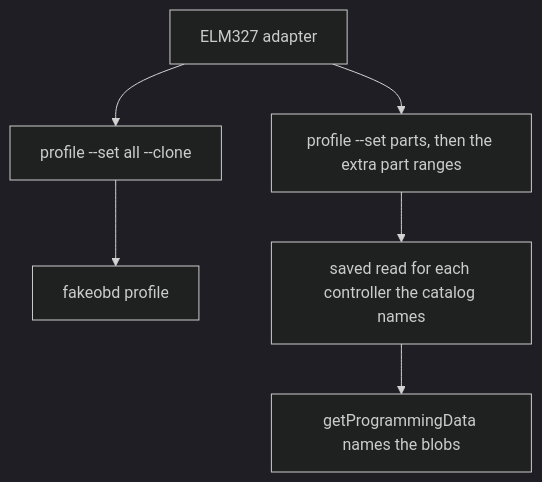
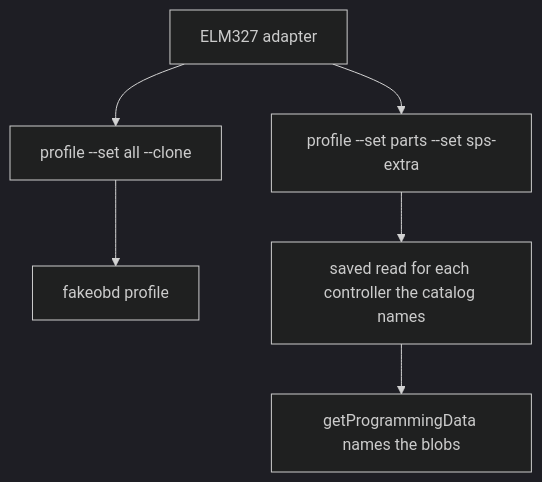
The diagram in docs/capture.md (b1tninja-labs/voltkit), drawn with Mermaid (dark theme) before and after one commit. The commit also changed other lines of this file and 5 other files, not shown here.

Commit message:
Add presence and extra part captures.

````diff
--- a/docs/capture.md
+++ b/docs/capture.md
@@ -9,11 +9,11 @@
 ```mermaid
 flowchart TD
   adapter["ELM327 adapter"]
   all["profile --set all --clone"]
   lab["fakeobd profile"]
-  parts["profile --set parts, then the extra part ranges"]
+  parts["profile --set parts --set sps-extra"]
   saved["saved read for each controller the catalog names"]
   named["getProgrammingData names the blobs"]
   adapter --> all --> lab
   adapter --> parts --> saved --> named
 ```
````
